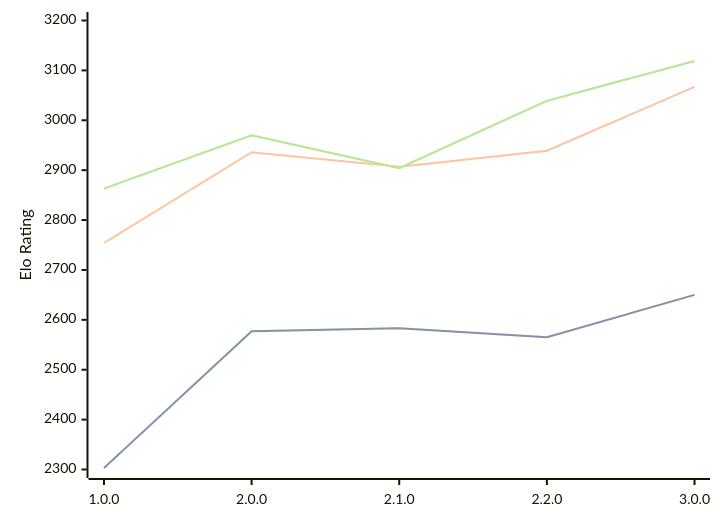
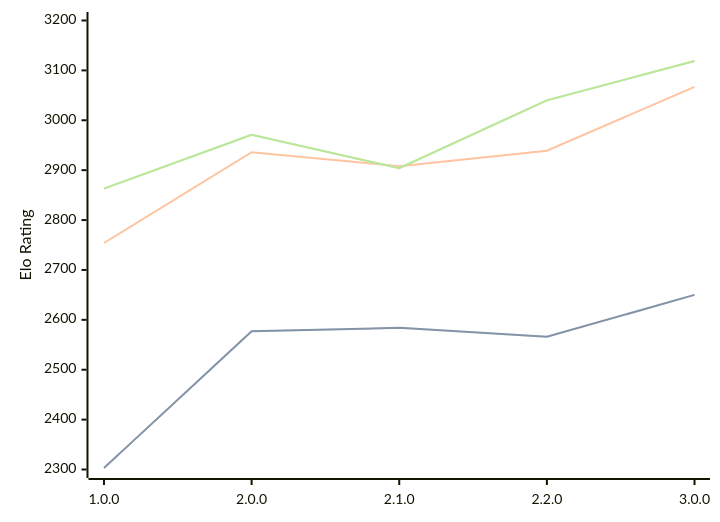
One commit to computer-chess-index/cci changed the third of 3 diagrams in engines/Catalyst.md. Above: the diagram before and after it, drawn with Mermaid. The commit also changed other lines of this file, not shown here.

Commit message:
Update CCI Ratings (ELO VLTC) - 2026-06-22

````diff
--- a/engines/Catalyst.md
+++ b/engines/Catalyst.md
@@ -68,11 +68,11 @@
 ```mermaid
 %%{init: {"theme":"base","themeVariables":{"seriesColors:['#a3a3a3','#222221','#faa371']}}}%%
 xychart-beta
   x-axis ["1.0.0", "2.0.0", "2.1.0", "2.2.0", "3.0.0"]
   y-axis "Elo Rating" 2300 --> 3200
-  line "STC (8.0+0.08s)" [2303, 2577, 2583, 2565, 2650]
-  line "STC (8.0+0.08s)" [2303, 2577, 2583, 2565, 2650]
-  line "LTC (60.0+0.60s)" [2754, 2936, 2907, 2939, 3067]
-  line "VLTC (2m24s+1.12s)" [2863, 2970, 2904, 3039, 3119]
-  line "VLTC (2m24s+1.12s)" [2863, 2970, 2904, 3039, 3119]
+  line "STC (8.0+0.08s)" [2303, 2577, 2584, 2566, 2650]
+  line "STC (8.0+0.08s)" [2303, 2577, 2584, 2566, 2650]
+  line "LTC (60.0+0.60s)" [2754, 2936, 2908, 2939, 3067]
+  line "VLTC (2m24s+1.12s)" [2863, 2971, 2904, 3040, 3119]
+  line "VLTC (2m24s+1.12s)" [2863, 2971, 2904, 3040, 3119]
 ```
````
